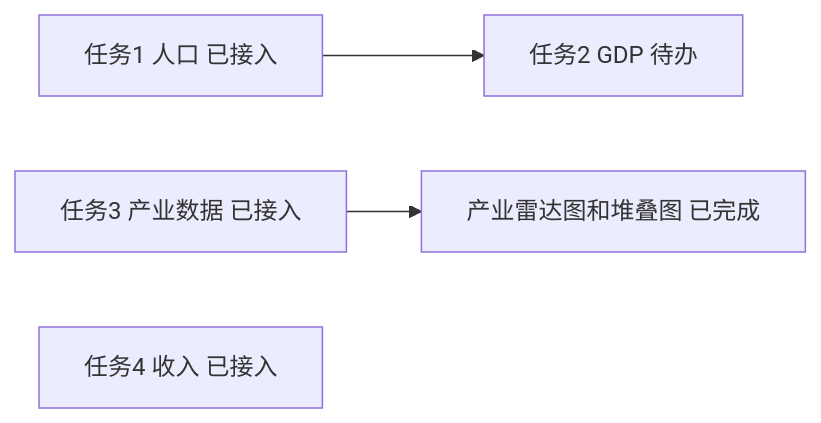
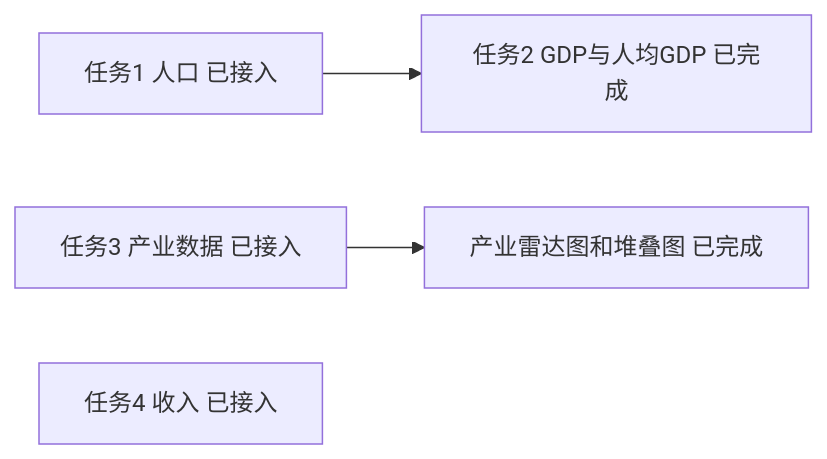
One commit to Musenxi/zj-stats-map changed the first of 2 diagrams in docs/webgis_design_v0.2.md. Above: the diagram before and after it, drawn with Mermaid. The commit also changed other lines of this file and 18 other files, not shown here.

````diff
--- a/docs/webgis_design_v0.2.md
+++ b/docs/webgis_design_v0.2.md
@@ -29,6 +31,6 @@
 ```mermaid
 graph LR
-  T1[任务1 人口 已接入] --> T2[任务2 GDP 待办]
+  T1[任务1 人口 已接入] --> T2[任务2 GDP与人均GDP 已完成]
   T3[任务3 产业数据 已接入] --> M4[产业雷达图和堆叠图 已完成]
   T4[任务4 收入 已接入]
 ```
````
